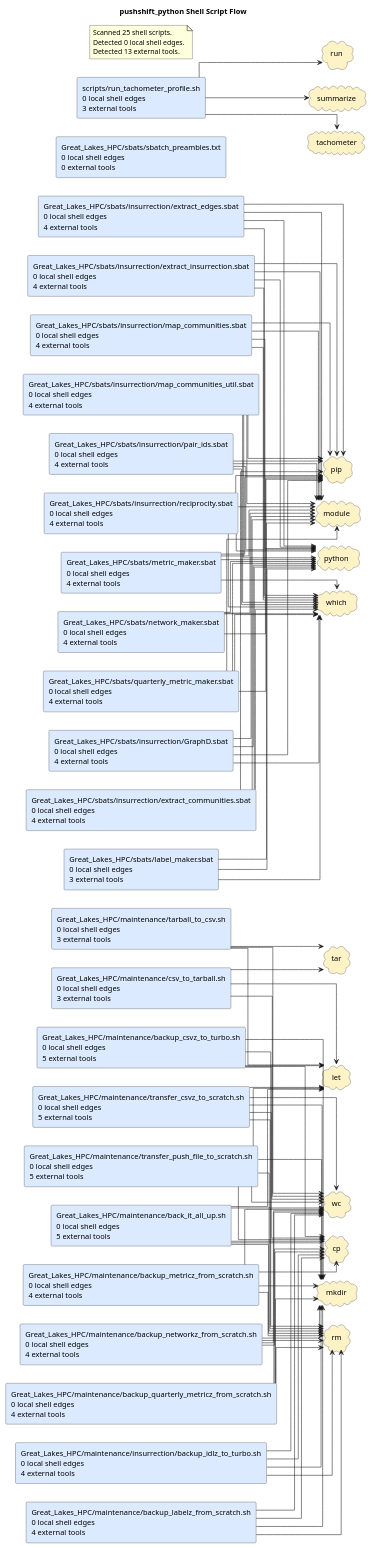
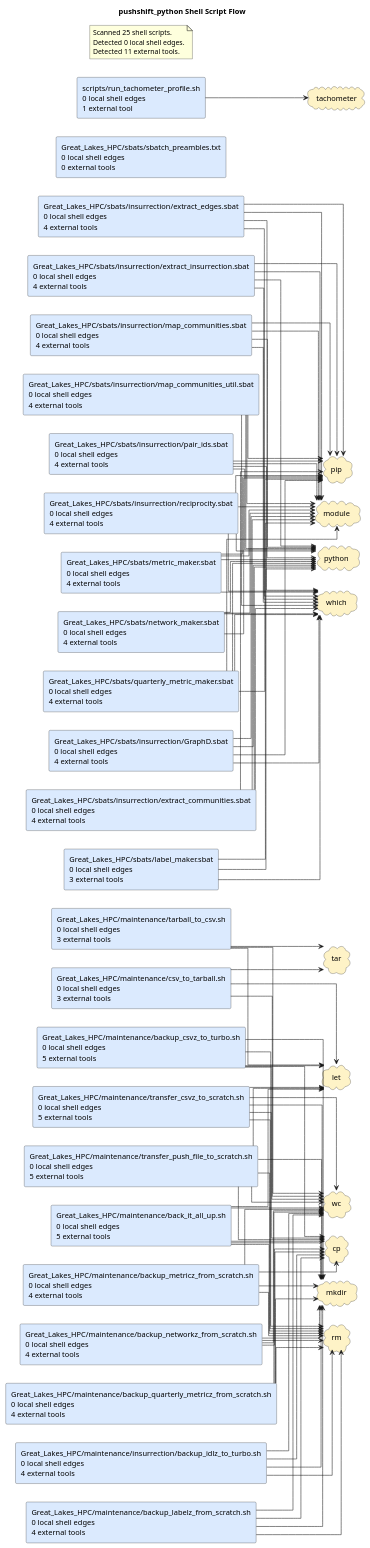
The diagram in docs/diagrams/shell-call-graph.puml (casonk/pushshift_python), drawn with PlantUML before and after one commit. The commit also changed 5 other files, not shown here.

Commit message:
docs: refresh generated architecture diagrams

```diff
--- a/docs/diagrams/shell-call-graph.puml
+++ b/docs/diagrams/shell-call-graph.puml
@@ -1,147 +1,143 @@
 @startuml
 title pushshift_python Shell Script Flow
 left to right direction
 skinparam shadowing false
 skinparam defaultFontName Monospace
 skinparam componentStyle rectangle
 skinparam linetype ortho
 rectangle "Great_Lakes_HPC/maintenance/back_it_all_up.sh\n0 local shell edges\n5 external tools" as shell_great_lakes_hpc_maintenance_back_it_all_up_sh #DBEAFE
 rectangle "Great_Lakes_HPC/maintenance/backup_csvz_to_turbo.sh\n0 local shell edges\n5 external tools" as shell_great_lakes_hpc_maintenance_backup_csvz_to_turbo_sh #DBEAFE
 rectangle "Great_Lakes_HPC/maintenance/backup_labelz_from_scratch.sh\n0 local shell edges\n4 external tools" as shell_great_lakes_hpc_maintenance_backup_labelz_from_scratch_sh #DBEAFE
 rectangle "Great_Lakes_HPC/maintenance/backup_metricz_from_scratch.sh\n0 local shell edges\n4 external tools" as shell_great_lakes_hpc_maintenance_backup_metricz_from_scratch_sh #DBEAFE
 rectangle "Great_Lakes_HPC/maintenance/backup_networkz_from_scratch.sh\n0 local shell edges\n4 external tools" as shell_great_lakes_hpc_maintenance_backup_networkz_from_scratch_sh #DBEAFE
 rectangle "Great_Lakes_HPC/maintenance/backup_quarterly_metricz_from_scratch.sh\n0 local shell edges\n4 external tools" as shell_great_lakes_hpc_maintenance_backup_quarterly_metricz_from_scratch_sh #DBEAFE
 rectangle "Great_Lakes_HPC/maintenance/csv_to_tarball.sh\n0 local shell edges\n3 external tools" as shell_great_lakes_hpc_maintenance_csv_to_tarball_sh #DBEAFE
 rectangle "Great_Lakes_HPC/maintenance/insurrection/backup_idlz_to_turbo.sh\n0 local shell edges\n4 external tools" as shell_great_lakes_hpc_maintenance_insurrection_backup_idlz_to_turbo_sh #DBEAFE
 rectangle "Great_Lakes_HPC/maintenance/tarball_to_csv.sh\n0 local shell edges\n3 external tools" as shell_great_lakes_hpc_maintenance_tarball_to_csv_sh #DBEAFE
 rectangle "Great_Lakes_HPC/maintenance/transfer_csvz_to_scratch.sh\n0 local shell edges\n5 external tools" as shell_great_lakes_hpc_maintenance_transfer_csvz_to_scratch_sh #DBEAFE
 rectangle "Great_Lakes_HPC/maintenance/transfer_push_file_to_scratch.sh\n0 local shell edges\n5 external tools" as shell_great_lakes_hpc_maintenance_transfer_push_file_to_scratch_sh #DBEAFE
 rectangle "Great_Lakes_HPC/sbats/insurrection/GraphD.sbat\n0 local shell edges\n4 external tools" as shell_great_lakes_hpc_sbats_insurrection_graphd_sbat #DBEAFE
 rectangle "Great_Lakes_HPC/sbats/insurrection/extract_communities.sbat\n0 local shell edges\n4 external tools" as shell_great_lakes_hpc_sbats_insurrection_extract_communities_sbat #DBEAFE
 rectangle "Great_Lakes_HPC/sbats/insurrection/extract_edges.sbat\n0 local shell edges\n4 external tools" as shell_great_lakes_hpc_sbats_insurrection_extract_edges_sbat #DBEAFE
 rectangle "Great_Lakes_HPC/sbats/insurrection/extract_insurrection.sbat\n0 local shell edges\n4 external tools" as shell_great_lakes_hpc_sbats_insurrection_extract_insurrection_sbat #DBEAFE
 rectangle "Great_Lakes_HPC/sbats/insurrection/map_communities.sbat\n0 local shell edges\n4 external tools" as shell_great_lakes_hpc_sbats_insurrection_map_communities_sbat #DBEAFE
 rectangle "Great_Lakes_HPC/sbats/insurrection/map_communities_util.sbat\n0 local shell edges\n4 external tools" as shell_great_lakes_hpc_sbats_insurrection_map_communities_util_sbat #DBEAFE
 rectangle "Great_Lakes_HPC/sbats/insurrection/pair_ids.sbat\n0 local shell edges\n4 external tools" as shell_great_lakes_hpc_sbats_insurrection_pair_ids_sbat #DBEAFE
 rectangle "Great_Lakes_HPC/sbats/insurrection/reciprocity.sbat\n0 local shell edges\n4 external tools" as shell_great_lakes_hpc_sbats_insurrection_reciprocity_sbat #DBEAFE
 rectangle "Great_Lakes_HPC/sbats/label_maker.sbat\n0 local shell edges\n3 external tools" as shell_great_lakes_hpc_sbats_label_maker_sbat #DBEAFE
 rectangle "Great_Lakes_HPC/sbats/metric_maker.sbat\n0 local shell edges\n4 external tools" as shell_great_lakes_hpc_sbats_metric_maker_sbat #DBEAFE
 rectangle "Great_Lakes_HPC/sbats/network_maker.sbat\n0 local shell edges\n4 external tools" as shell_great_lakes_hpc_sbats_network_maker_sbat #DBEAFE
 rectangle "Great_Lakes_HPC/sbats/quarterly_metric_maker.sbat\n0 local shell edges\n4 external tools" as shell_great_lakes_hpc_sbats_quarterly_metric_maker_sbat #DBEAFE
 rectangle "Great_Lakes_HPC/sbats/sbatch_preambles.txt\n0 local shell edges\n0 external tools" as shell_great_lakes_hpc_sbats_sbatch_preambles_txt #DBEAFE
-rectangle "scripts/run_tachometer_profile.sh\n0 local shell edges\n3 external tools" as shell_scripts_run_tachometer_profile_sh #DBEAFE
+rectangle "scripts/run_tachometer_profile.sh\n0 local shell edges\n1 external tool" as shell_scripts_run_tachometer_profile_sh #DBEAFE
 cloud "cp" as tool_cp #FEF3C7
 cloud "let" as tool_let #FEF3C7
 cloud "mkdir" as tool_mkdir #FEF3C7
 cloud "module" as tool_module #FEF3C7
 cloud "pip" as tool_pip #FEF3C7
 cloud "python" as tool_python #FEF3C7
 cloud "rm" as tool_rm #FEF3C7
-cloud "run" as tool_run #FEF3C7
-cloud "summarize" as tool_summarize #FEF3C7
 cloud "tachometer" as tool_tachometer #FEF3C7
 cloud "tar" as tool_tar #FEF3C7
 cloud "wc" as tool_wc #FEF3C7
 cloud "which" as tool_which #FEF3C7
 shell_great_lakes_hpc_maintenance_back_it_all_up_sh --> tool_cp
 shell_great_lakes_hpc_maintenance_back_it_all_up_sh --> tool_let
 shell_great_lakes_hpc_maintenance_back_it_all_up_sh --> tool_mkdir
 shell_great_lakes_hpc_maintenance_back_it_all_up_sh --> tool_rm
 shell_great_lakes_hpc_maintenance_back_it_all_up_sh --> tool_wc
 shell_great_lakes_hpc_maintenance_backup_csvz_to_turbo_sh --> tool_cp
 shell_great_lakes_hpc_maintenance_backup_csvz_to_turbo_sh --> tool_let
 shell_great_lakes_hpc_maintenance_backup_csvz_to_turbo_sh --> tool_mkdir
 shell_great_lakes_hpc_maintenance_backup_csvz_to_turbo_sh --> tool_rm
 shell_great_lakes_hpc_maintenance_backup_csvz_to_turbo_sh --> tool_wc
 shell_great_lakes_hpc_maintenance_backup_labelz_from_scratch_sh --> tool_cp
 shell_great_lakes_hpc_maintenance_backup_labelz_from_scratch_sh --> tool_mkdir
 shell_great_lakes_hpc_maintenance_backup_labelz_from_scratch_sh --> tool_rm
 shell_great_lakes_hpc_maintenance_backup_labelz_from_scratch_sh --> tool_wc
 shell_great_lakes_hpc_maintenance_backup_metricz_from_scratch_sh --> tool_cp
 shell_great_lakes_hpc_maintenance_backup_metricz_from_scratch_sh --> tool_mkdir
 shell_great_lakes_hpc_maintenance_backup_metricz_from_scratch_sh --> tool_rm
 shell_great_lakes_hpc_maintenance_backup_metricz_from_scratch_sh --> tool_wc
 shell_great_lakes_hpc_maintenance_backup_networkz_from_scratch_sh --> tool_cp
 shell_great_lakes_hpc_maintenance_backup_networkz_from_scratch_sh --> tool_mkdir
 shell_great_lakes_hpc_maintenance_backup_networkz_from_scratch_sh --> tool_rm
 shell_great_lakes_hpc_maintenance_backup_networkz_from_scratch_sh --> tool_wc
 shell_great_lakes_hpc_maintenance_backup_quarterly_metricz_from_scratch_sh --> tool_cp
 shell_great_lakes_hpc_maintenance_backup_quarterly_metricz_from_scratch_sh --> tool_mkdir
 shell_great_lakes_hpc_maintenance_backup_quarterly_metricz_from_scratch_sh --> tool_rm
 shell_great_lakes_hpc_maintenance_backup_quarterly_metricz_from_scratch_sh --> tool_wc
 shell_great_lakes_hpc_maintenance_csv_to_tarball_sh --> tool_let
 shell_great_lakes_hpc_maintenance_csv_to_tarball_sh --> tool_tar
 shell_great_lakes_hpc_maintenance_csv_to_tarball_sh --> tool_wc
 shell_great_lakes_hpc_maintenance_insurrection_backup_idlz_to_turbo_sh --> tool_cp
 shell_great_lakes_hpc_maintenance_insurrection_backup_idlz_to_turbo_sh --> tool_mkdir
 shell_great_lakes_hpc_maintenance_insurrection_backup_idlz_to_turbo_sh --> tool_rm
 shell_great_lakes_hpc_maintenance_insurrection_backup_idlz_to_turbo_sh --> tool_wc
 shell_great_lakes_hpc_maintenance_tarball_to_csv_sh --> tool_let
 shell_great_lakes_hpc_maintenance_tarball_to_csv_sh --> tool_tar
 shell_great_lakes_hpc_maintenance_tarball_to_csv_sh --> tool_wc
 shell_great_lakes_hpc_maintenance_transfer_csvz_to_scratch_sh --> tool_cp
 shell_great_lakes_hpc_maintenance_transfer_csvz_to_scratch_sh --> tool_let
 shell_great_lakes_hpc_maintenance_transfer_csvz_to_scratch_sh --> tool_mkdir
 shell_great_lakes_hpc_maintenance_transfer_csvz_to_scratch_sh --> tool_rm
 shell_great_lakes_hpc_maintenance_transfer_csvz_to_scratch_sh --> tool_wc
 shell_great_lakes_hpc_maintenance_transfer_push_file_to_scratch_sh --> tool_cp
 shell_great_lakes_hpc_maintenance_transfer_push_file_to_scratch_sh --> tool_let
 shell_great_lakes_hpc_maintenance_transfer_push_file_to_scratch_sh --> tool_mkdir
 shell_great_lakes_hpc_maintenance_transfer_push_file_to_scratch_sh --> tool_rm
 shell_great_lakes_hpc_maintenance_transfer_push_file_to_scratch_sh --> tool_wc
 shell_great_lakes_hpc_sbats_insurrection_extract_communities_sbat --> tool_module
 shell_great_lakes_hpc_sbats_insurrection_extract_communities_sbat --> tool_pip
 shell_great_lakes_hpc_sbats_insurrection_extract_communities_sbat --> tool_python
 shell_great_lakes_hpc_sbats_insurrection_extract_communities_sbat --> tool_which
 shell_great_lakes_hpc_sbats_insurrection_extract_edges_sbat --> tool_module
 shell_great_lakes_hpc_sbats_insurrection_extract_edges_sbat --> tool_pip
 shell_great_lakes_hpc_sbats_insurrection_extract_edges_sbat --> tool_python
 shell_great_lakes_hpc_sbats_insurrection_extract_edges_sbat --> tool_which
 shell_great_lakes_hpc_sbats_insurrection_extract_insurrection_sbat --> tool_module
 shell_great_lakes_hpc_sbats_insurrection_extract_insurrection_sbat --> tool_pip
 shell_great_lakes_hpc_sbats_insurrection_extract_insurrection_sbat --> tool_python
 shell_great_lakes_hpc_sbats_insurrection_extract_insurrection_sbat --> tool_which
 shell_great_lakes_hpc_sbats_insurrection_graphd_sbat --> tool_module
 shell_great_lakes_hpc_sbats_insurrection_graphd_sbat --> tool_pip
 shell_great_lakes_hpc_sbats_insurrection_graphd_sbat --> tool_python
 shell_great_lakes_hpc_sbats_insurrection_graphd_sbat --> tool_which
 shell_great_lakes_hpc_sbats_insurrection_map_communities_sbat --> tool_module
 shell_great_lakes_hpc_sbats_insurrection_map_communities_sbat --> tool_pip
 shell_great_lakes_hpc_sbats_insurrection_map_communities_sbat --> tool_python
 shell_great_lakes_hpc_sbats_insurrection_map_communities_sbat --> tool_which
 shell_great_lakes_hpc_sbats_insurrection_map_communities_util_sbat --> tool_module
 shell_great_lakes_hpc_sbats_insurrection_map_communities_util_sbat --> tool_pip
 shell_great_lakes_hpc_sbats_insurrection_map_communities_util_sbat --> tool_python
 shell_great_lakes_hpc_sbats_insurrection_map_communities_util_sbat --> tool_which
 shell_great_lakes_hpc_sbats_insurrection_pair_ids_sbat --> tool_module
 shell_great_lakes_hpc_sbats_insurrection_pair_ids_sbat --> tool_pip
 shell_great_lakes_hpc_sbats_insurrection_pair_ids_sbat --> tool_python
 shell_great_lakes_hpc_sbats_insurrection_pair_ids_sbat --> tool_which
 shell_great_lakes_hpc_sbats_insurrection_reciprocity_sbat --> tool_module
 shell_great_lakes_hpc_sbats_insurrection_reciprocity_sbat --> tool_pip
 shell_great_lakes_hpc_sbats_insurrection_reciprocity_sbat --> tool_python
 shell_great_lakes_hpc_sbats_insurrection_reciprocity_sbat --> tool_which
 shell_great_lakes_hpc_sbats_label_maker_sbat --> tool_module
 shell_great_lakes_hpc_sbats_label_maker_sbat --> tool_python
 shell_great_lakes_hpc_sbats_label_maker_sbat --> tool_which
 shell_great_lakes_hpc_sbats_metric_maker_sbat --> tool_module
 shell_great_lakes_hpc_sbats_metric_maker_sbat --> tool_pip
 shell_great_lakes_hpc_sbats_metric_maker_sbat --> tool_python
 shell_great_lakes_hpc_sbats_metric_maker_sbat --> tool_which
 shell_great_lakes_hpc_sbats_network_maker_sbat --> tool_module
 shell_great_lakes_hpc_sbats_network_maker_sbat --> tool_pip
 shell_great_lakes_hpc_sbats_network_maker_sbat --> tool_python
 shell_great_lakes_hpc_sbats_network_maker_sbat --> tool_which
 shell_great_lakes_hpc_sbats_quarterly_metric_maker_sbat --> tool_module
 shell_great_lakes_hpc_sbats_quarterly_metric_maker_sbat --> tool_pip
 shell_great_lakes_hpc_sbats_quarterly_metric_maker_sbat --> tool_python
 shell_great_lakes_hpc_sbats_quarterly_metric_maker_sbat --> tool_which
-shell_scripts_run_tachometer_profile_sh --> tool_run
-shell_scripts_run_tachometer_profile_sh --> tool_summarize
 shell_scripts_run_tachometer_profile_sh --> tool_tachometer
 note as shellGraphSummary
 Scanned 25 shell scripts.
 Detected 0 local shell edges.
-Detected 13 external tools.
+Detected 11 external tools.
 end note
 @enduml
```
